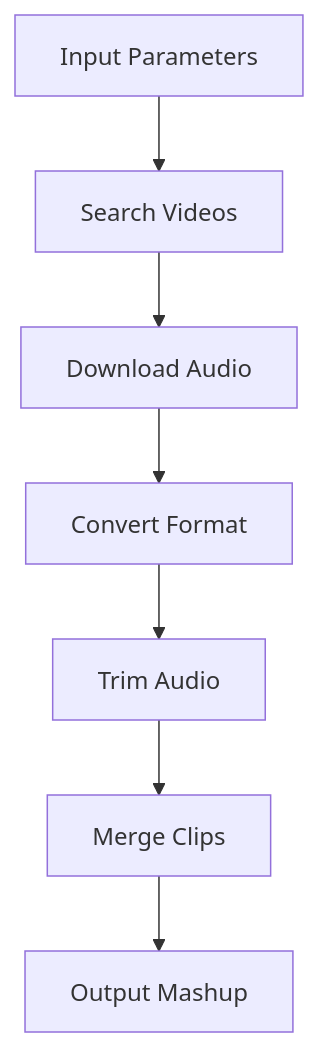
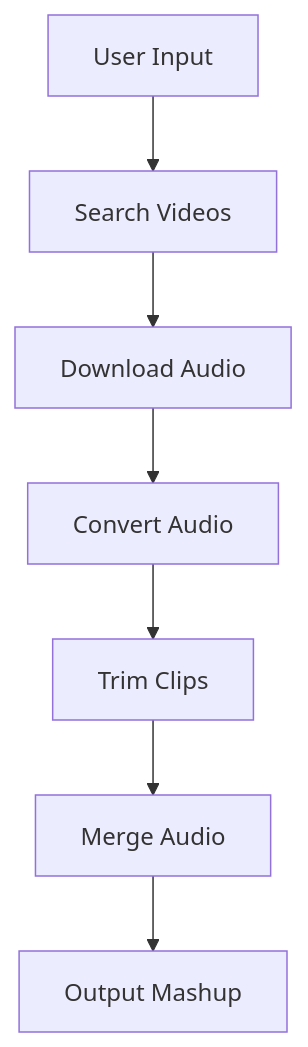
One commit to Manleen123-dev/Mashup_102303599 changed the fourth of 4 diagrams in README.md. Above: the diagram before and after it, drawn with Mermaid. The commit also changed other lines of this file, not shown here.

````diff
--- a/README.md
+++ b/README.md
@@ -173,9 +161,9 @@
 ``` mermaid
 flowchart TD
-    A[Input Parameters] --> B[Search Videos]
+    A[User Input] --> B[Search Videos]
     B --> C[Download Audio]
-    C --> D[Convert Format]
-    D --> E[Trim Audio]
-    E --> F[Merge Clips]
+    C --> D[Convert Audio]
+    D --> E[Trim Clips]
+    E --> F[Merge Audio]
     F --> G[Output Mashup]
 ```
````
